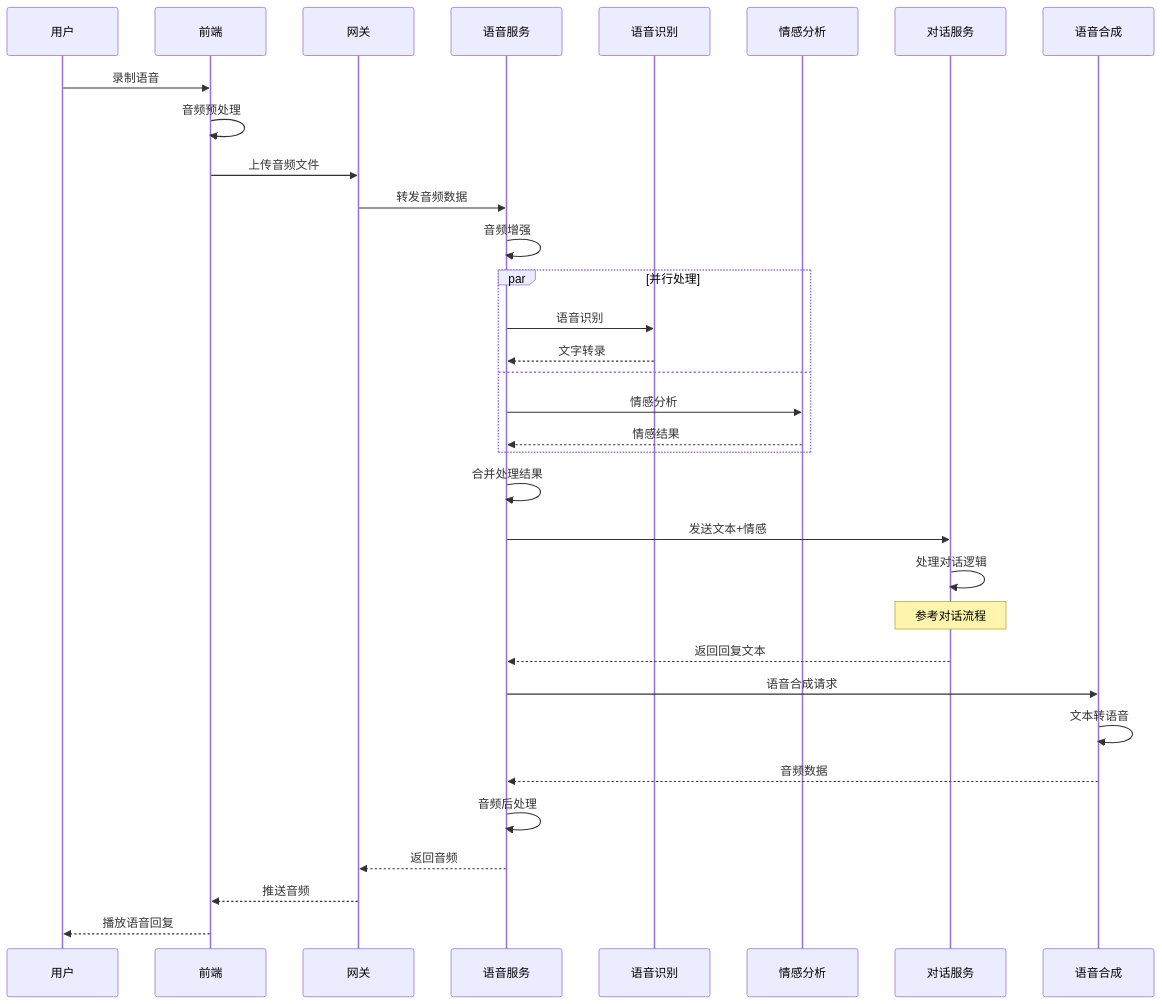
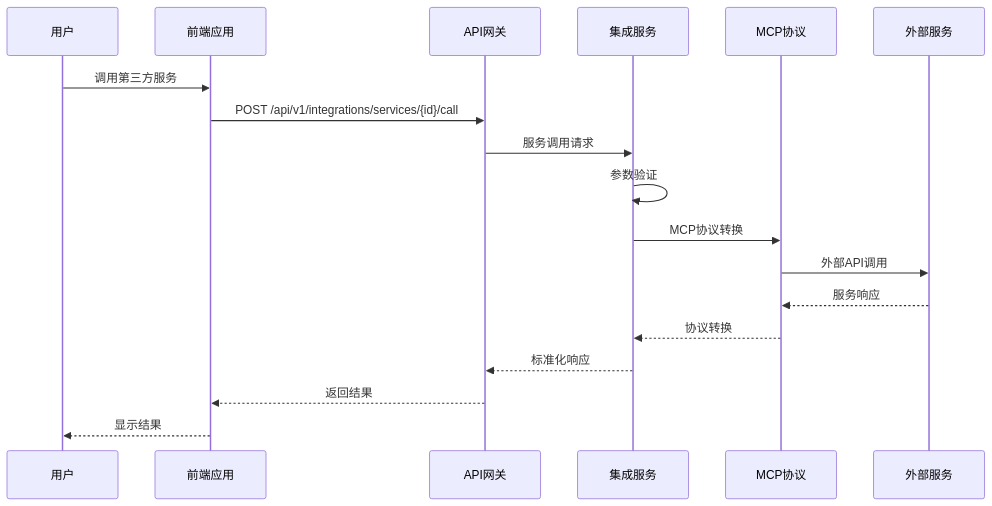
Before and after one commit to haoyunlt/voicehelper: the sixth of 7 diagrams in docs/ARCHITECTURE_DEEP_DIVE.md, drawn with Mermaid. The commit also changed other lines of this file, not shown here.

````diff
--- a/docs/ARCHITECTURE_DEEP_DIVE.md
+++ b/docs/ARCHITECTURE_DEEP_DIVE.md
@@ -1351,42 +3934,21 @@
 ```mermaid
 sequenceDiagram
     participant U as 用户
-    participant F as 前端
-    participant G as 网关
-    participant V as 语音服务
-    participant ASR as 语音识别
-    participant E as 情感分析
-    participant C as 对话服务
-    participant TTS as 语音合成
+    participant F as 前端应用
+    participant G as API网关
+    participant I as 集成服务
+    participant M as MCP协议
+    participant E as 外部服务
 
-    U->>F: 录制语音
-    F->>F: 音频预处理
-    F->>G: 上传音频文件
-    G->>V: 转发音频数据
-    
-    V->>V: 音频增强
-    
-    par 并行处理
-        V->>ASR: 语音识别
-        ASR-->>V: 文字转录
-    and
-        V->>E: 情感分析
-        E-->>V: 情感结果
-    end
-    
-    V->>V: 合并处理结果
-    V->>C: 发送文本+情感
-    
-    C->>C: 处理对话逻辑
-    Note over C: 参考对话流程
-    C-->>V: 返回回复文本
-    
-    V->>TTS: 语音合成请求
-    TTS->>TTS: 文本转语音
-    TTS-->>V: 音频数据
-    
-    V->>V: 音频后处理
-    V-->>G: 返回音频
-    G-->>F: 推送音频
-    F-->>U: 播放语音回复
+    U->>F: 调用第三方服务
+    F->>G: POST /api/v1/integrations/services/{id}/call
+    G->>I: 服务调用请求
+    I->>I: 参数验证
+    I->>M: MCP协议转换
+    M->>E: 外部API调用
+    E-->>M: 服务响应
+    M-->>I: 协议转换
+    I-->>G: 标准化响应
+    G-->>F: 返回结果
+    F-->>U: 显示结果
 ```
````
